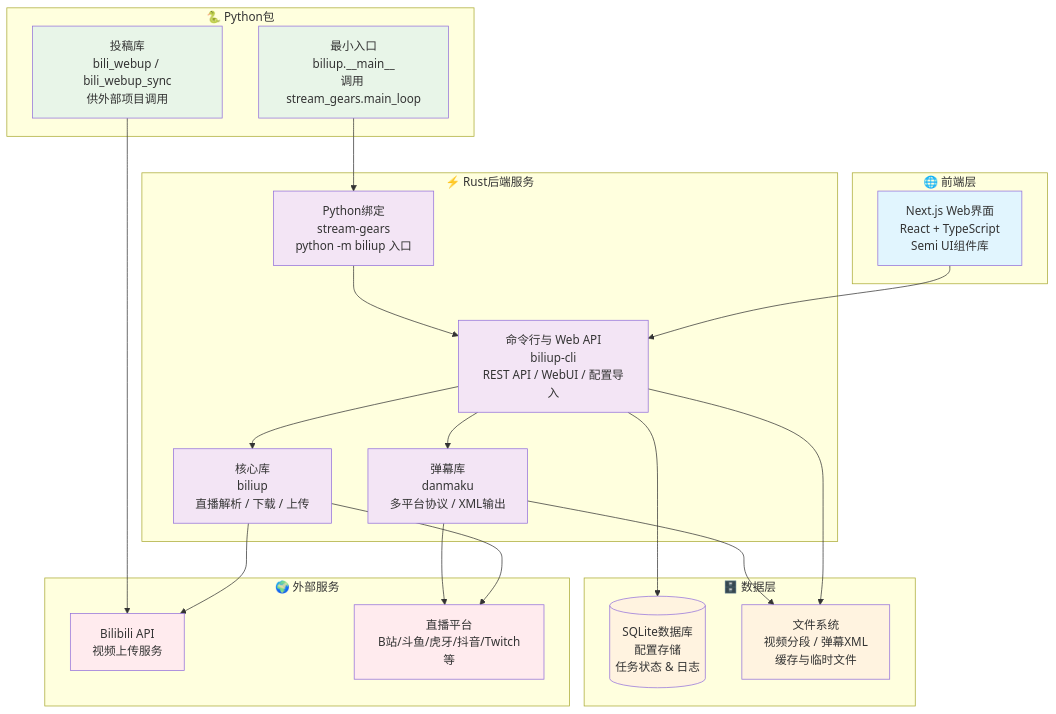
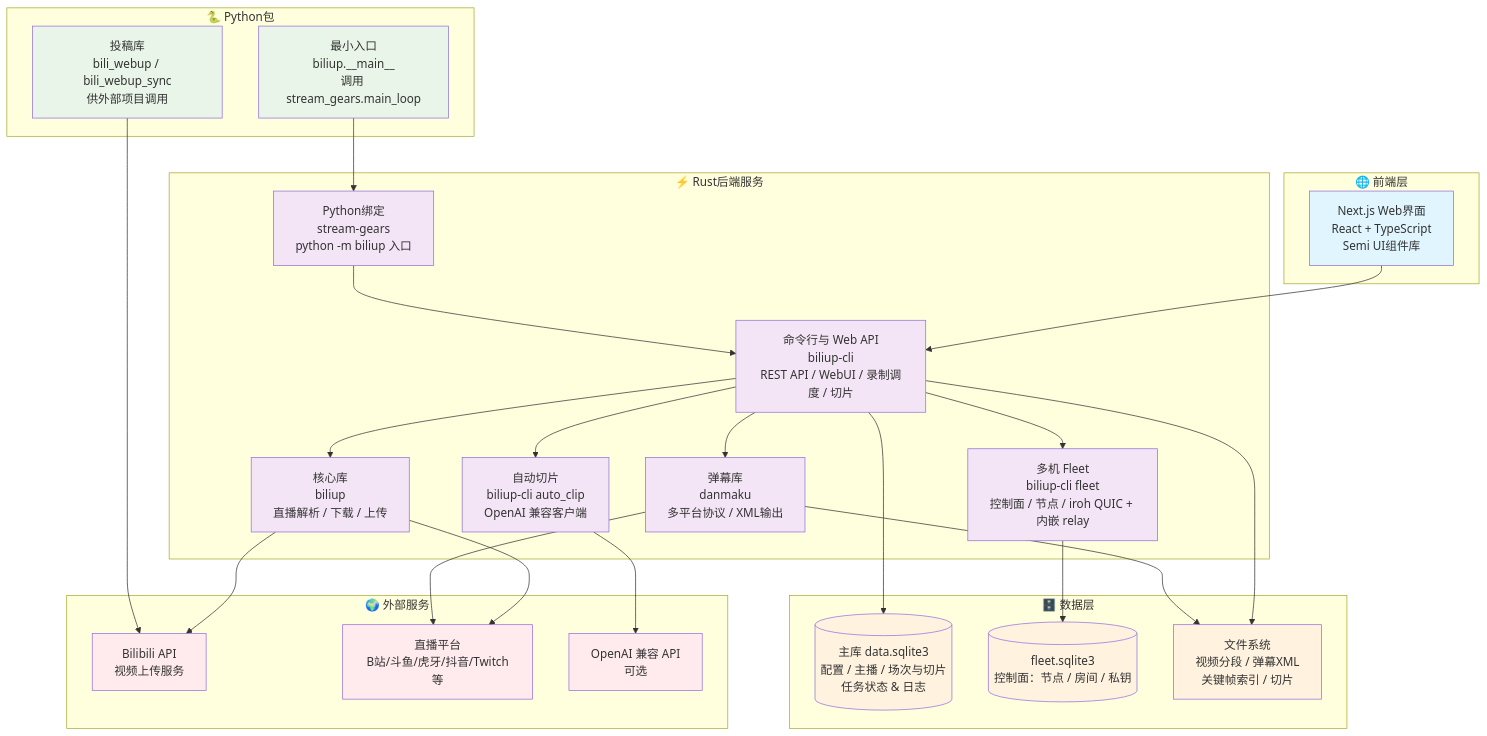
Before and after one commit to biliup/biliup: the diagram in README.md, drawn with Mermaid. The commit also changed other lines of this file, not shown here.

````diff
--- a/README.md
+++ b/README.md
@@ -239,53 +313,54 @@
 ```mermaid
 graph TB
     subgraph "🌐 前端层"
         UI[Next.js Web界面<br/>React + TypeScript<br/>Semi UI组件库]
     end
 
     subgraph "⚡ Rust后端服务"
-        CLI[命令行与 Web API<br/>biliup-cli<br/>REST API / WebUI / 配置导入]
+        CLI[命令行与 Web API<br/>biliup-cli<br/>REST API / WebUI / 录制调度 / 切片]
+        FLEET[多机 Fleet<br/>biliup-cli fleet<br/>控制面 / 节点 / iroh QUIC + 内嵌 relay]
+        AUTOCLIP[自动切片<br/>biliup-cli auto_clip<br/>OpenAI 兼容客户端]
         CORE[核心库<br/>biliup<br/>直播解析 / 下载 / 上传]
         DANMAKU[弹幕库<br/>danmaku<br/>多平台协议 / XML输出]
         GEARS[Python绑定<br/>stream-gears<br/>python -m biliup 入口]
     end
 
     subgraph "🐍 Python包"
         PYENTRY[最小入口<br/>biliup.__main__<br/>调用 stream_gears.main_loop]
         PYUPLOAD[投稿库<br/>bili_webup / bili_webup_sync<br/>供外部项目调用]
     end
 
     subgraph "🗄️ 数据层"
-        DB[(SQLite数据库<br/>配置存储<br/>任务状态 & 日志)]
-        FILES[文件系统<br/>视频分段 / 弹幕XML<br/>缓存与临时文件]
+        DB[(主库 data.sqlite3<br/>配置 / 主播 / 场次与切片<br/>任务状态 & 日志)]
+        FLEETDB[(fleet.sqlite3<br/>控制面：节点 / 房间 / 私钥)]
+        FILES[文件系统<br/>视频分段 / 弹幕XML<br/>关键帧索引 / 切片]
     end
 
     subgraph "🌍 外部服务"
         BILI[Bilibili API<br/>视频上传服务]
         STREAMS[直播平台<br/>B站/斗鱼/虎牙/抖音/Twitch等]
+        LLM[OpenAI 兼容 API<br/>可选]
     end
 
     UI --> CLI
-    CLI --> CORE
-    CLI --> DANMAKU
-    CLI --> DB
-    CLI --> FILES
-    CORE --> STREAMS
-    CORE --> BILI
-    DANMAKU --> STREAMS
-    DANMAKU --> FILES
+    CLI --> CORE & DANMAKU & FLEET & AUTOCLIP
+    CLI --> DB & FILES
+    FLEET --> FLEETDB
+    AUTOCLIP --> LLM
+    CORE --> STREAMS & BILI
+    DANMAKU --> STREAMS & FILES
     GEARS --> CLI
     PYENTRY --> GEARS
     PYUPLOAD --> BILI
 
-    style UI fill:#e1f5fe
-    style CLI fill:#f3e5f5
-    style CORE fill:#f3e5f5
-    style DANMAKU fill:#f3e5f5
-    style GEARS fill:#f3e5f5
-    style PYENTRY fill:#e8f5e8
-    style PYUPLOAD fill:#e8f5e8
-    style DB fill:#fff3e0
-    style FILES fill:#fff3e0
-    style BILI fill:#ffebee
-    style STREAMS fill:#ffebee
+    classDef ui fill:#e1f5fe
+    classDef rust fill:#f3e5f5
+    classDef py fill:#e8f5e8
+    classDef data fill:#fff3e0
+    classDef ext fill:#ffebee
+    class UI ui
+    class CLI,FLEET,AUTOCLIP,CORE,DANMAKU,GEARS rust
+    class PYENTRY,PYUPLOAD py
+    class DB,FLEETDB,FILES data
+    class BILI,STREAMS,LLM ext
 ```
````
